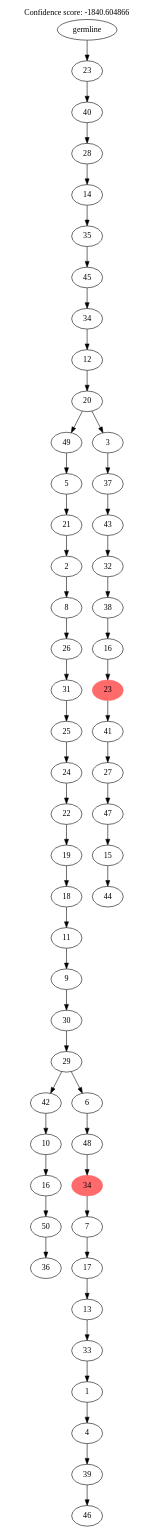
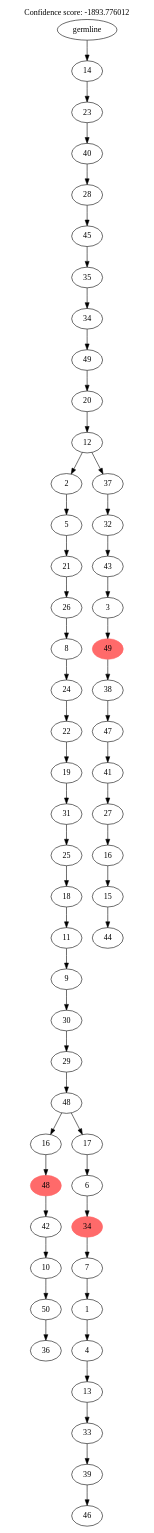
The diagram in data/exp2/sim_9_scs.sasc_rec.mlt.gv (sciccolella/reSASC_supplements), drawn with Graphviz before and after one commit. The commit also changed 659 other files, not shown here.

```diff
--- a/data/exp2/sim_9_scs.sasc_rec.mlt.gv
+++ b/data/exp2/sim_9_scs.sasc_rec.mlt.gv
@@ -1,111 +1,113 @@
 digraph g {
+	"53" -> "54";
+	"54" [label="36"];
 	"52" -> "53";
-	"53" [label="36"];
+	"53" [label="50"];
 	"51" -> "52";
-	"52" [label="50"];
+	"52" [label="10"];
 	"50" -> "51";
-	"51" [label="16"];
+	"51" [label="42"];
 	"49" -> "50";
-	"50" [label="10"];
+	"50" [color=indianred1, style=filled, label="48"];
 	"47" -> "48";
 	"48" [label="46"];
 	"46" -> "47";
 	"47" [label="39"];
 	"45" -> "46";
-	"46" [label="4"];
+	"46" [label="33"];
 	"44" -> "45";
-	"45" [label="1"];
+	"45" [label="13"];
 	"43" -> "44";
-	"44" [label="33"];
+	"44" [label="4"];
 	"42" -> "43";
-	"43" [label="13"];
+	"43" [label="1"];
 	"41" -> "42";
-	"42" [label="17"];
+	"42" [label="7"];
 	"40" -> "41";
-	"41" [label="7"];
+	"41" [color=indianred1, style=filled, label="34"];
 	"39" -> "40";
-	"40" [color=indianred1, style=filled, label="34"];
+	"40" [label="6"];
 	"38" -> "39";
-	"39" [label="48"];
+	"39" [label="17"];
+	"38" -> "49";
+	"49" [label="16"];
 	"37" -> "38";
-	"38" [label="6"];
-	"37" -> "49";
-	"49" [label="42"];
+	"38" [label="48"];
 	"36" -> "37";
 	"37" [label="29"];
 	"35" -> "36";
 	"36" [label="30"];
 	"34" -> "35";
 	"35" [label="9"];
 	"33" -> "34";
 	"34" [label="11"];
 	"32" -> "33";
 	"33" [label="18"];
 	"31" -> "32";
-	"32" [label="19"];
+	"32" [label="25"];
 	"30" -> "31";
-	"31" [label="22"];
+	"31" [label="31"];
 	"29" -> "30";
-	"30" [label="24"];
+	"30" [label="19"];
 	"28" -> "29";
-	"29" [label="25"];
+	"29" [label="22"];
 	"27" -> "28";
-	"28" [label="31"];
+	"28" [label="24"];
 	"26" -> "27";
-	"27" [label="26"];
+	"27" [label="8"];
 	"25" -> "26";
-	"26" [label="8"];
+	"26" [label="26"];
 	"24" -> "25";
-	"25" [label="2"];
+	"25" [label="21"];
 	"23" -> "24";
-	"24" [label="21"];
-	"22" -> "23";
-	"23" [label="5"];
+	"24" [label="5"];
+	"21" -> "22";
+	"22" [label="44"];
 	"20" -> "21";
-	"21" [label="44"];
+	"21" [label="15"];
 	"19" -> "20";
-	"20" [label="15"];
+	"20" [label="16"];
 	"18" -> "19";
-	"19" [label="47"];
+	"19" [label="27"];
 	"17" -> "18";
-	"18" [label="27"];
+	"18" [label="41"];
 	"16" -> "17";
-	"17" [label="41"];
+	"17" [label="47"];
 	"15" -> "16";
-	"16" [color=indianred1, style=filled, label="23"];
+	"16" [label="38"];
 	"14" -> "15";
-	"15" [label="16"];
+	"15" [color=indianred1, style=filled, label="49"];
 	"13" -> "14";
-	"14" [label="38"];
+	"14" [label="3"];
 	"12" -> "13";
-	"13" [label="32"];
+	"13" [label="43"];
 	"11" -> "12";
-	"12" [label="43"];
+	"12" [label="32"];
 	"10" -> "11";
 	"11" [label="37"];
+	"10" -> "23";
+	"23" [label="2"];
 	"9" -> "10";
-	"10" [label="3"];
-	"9" -> "22";
-	"22" [label="49"];
+	"10" [label="12"];
 	"8" -> "9";
 	"9" [label="20"];
 	"7" -> "8";
-	"8" [label="12"];
+	"8" [label="49"];
 	"6" -> "7";
 	"7" [label="34"];
 	"5" -> "6";
-	"6" [label="45"];
+	"6" [label="35"];
 	"4" -> "5";
-	"5" [label="35"];
+	"5" [label="45"];
 	"3" -> "4";
-	"4" [label="14"];
+	"4" [label="28"];
 	"2" -> "3";
-	"3" [label="28"];
+	"3" [label="40"];
 	"1" -> "2";
-	"2" [label="40"];
+	"2" [label="23"];
 	"0" -> "1";
-	"1" [label="23"];
+	"1" [label="14"];
 	"0" [label="germline"];
 	labelloc="t";
-	label="Confidence score: -1840.604866";
+	label="Confidence score: -1893.776012";
 }
```
